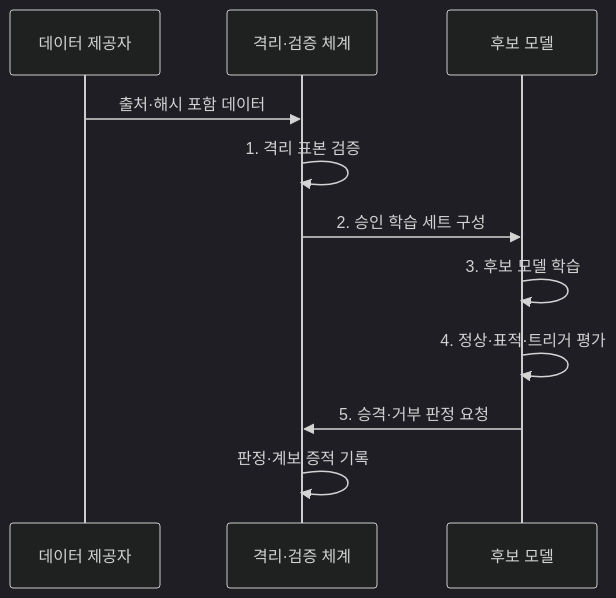
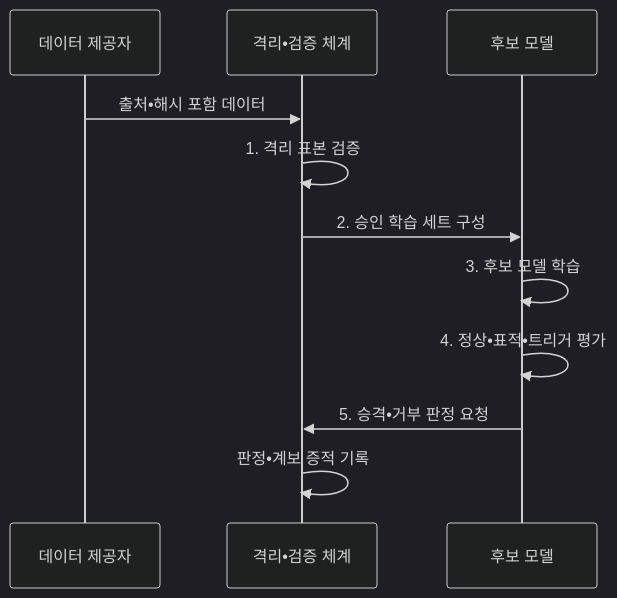
The second of 2 diagrams in src/content/docs/notes/05-security/084_data_poisoning.md (agnusdei1207/knowledge-base), drawn with Mermaid (dark theme) before and after one commit. The commit also changed other lines of this file and 953 other files, not shown here.

````diff
--- a/src/content/docs/notes/05-security/084_data_poisoning.md
+++ b/src/content/docs/notes/05-security/084_data_poisoning.md
@@ -98,13 +98,13 @@
 ```mermaid
 sequenceDiagram
     participant S as 데이터 제공자
-    participant V as 격리·검증 체계
+    participant V as 격리•검증 체계
     participant M as 후보 모델
-    S->>V: 출처·해시 포함 데이터
+    S->>V: 출처•해시 포함 데이터
     V->>V: 1. 격리 표본 검증
     V->>M: 2. 승인 학습 세트 구성
     M->>M: 3. 후보 모델 학습
-    M->>M: 4. 정상·표적·트리거 평가
-    M->>V: 5. 승격·거부 판정 요청
-    V->>V: 판정·계보 증적 기록
+    M->>M: 4. 정상•표적•트리거 평가
+    M->>V: 5. 승격•거부 판정 요청
+    V->>V: 판정•계보 증적 기록
 ```
````
